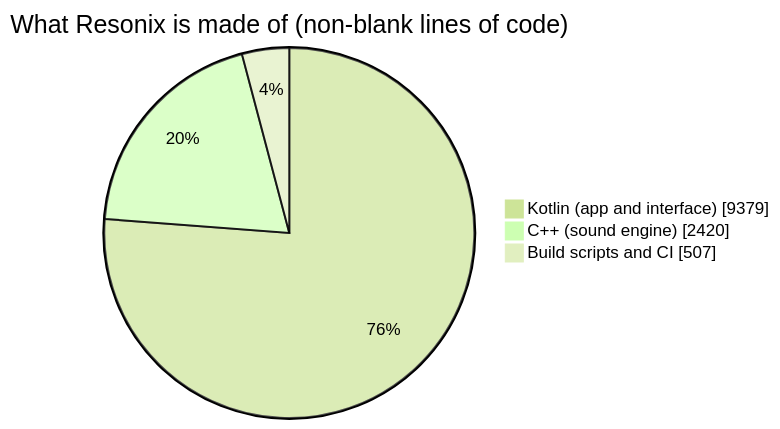
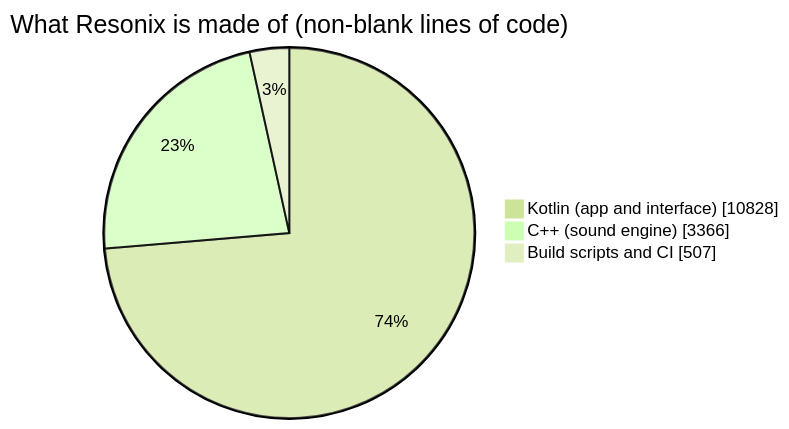
Before and after one commit to aravindrejidev/Resonix: the fifth of 5 diagrams in README.md, drawn with Mermaid (forest theme). The commit also changed other lines of this file and 27 other files, not shown here.

````diff
--- a/README.md
+++ b/README.md
@@ -472,6 +502,6 @@
 ```mermaid
 pie showData title What Resonix is made of (non-blank lines of code)
-    "Kotlin (app and interface)" : 9379
-    "C++ (sound engine)" : 2420
+    "Kotlin (app and interface)" : 10828
+    "C++ (sound engine)" : 3366
     "Build scripts and CI" : 507
 ```
````
